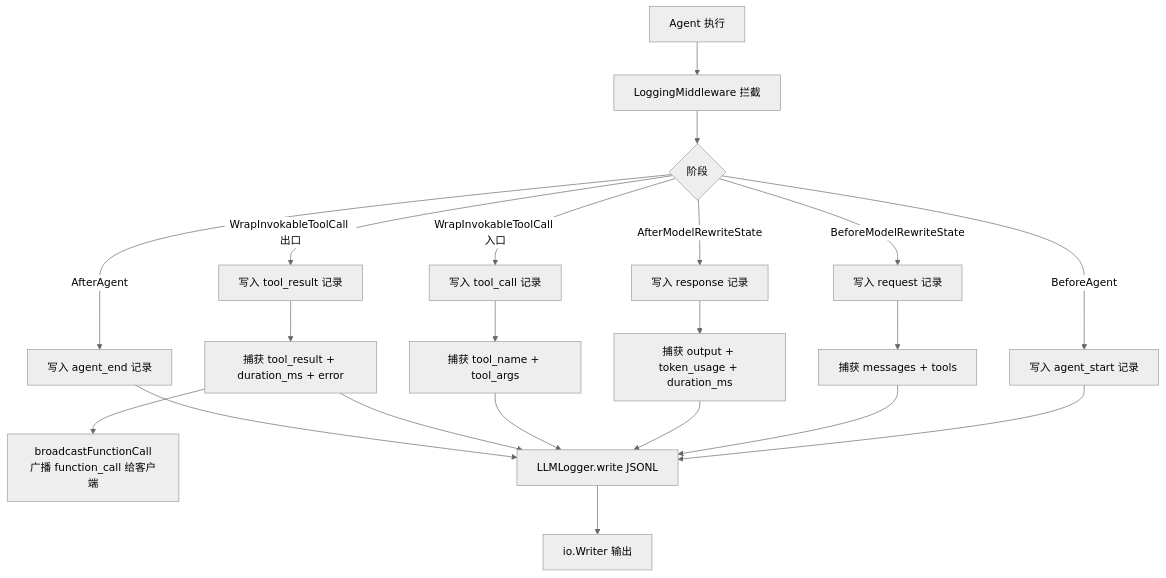
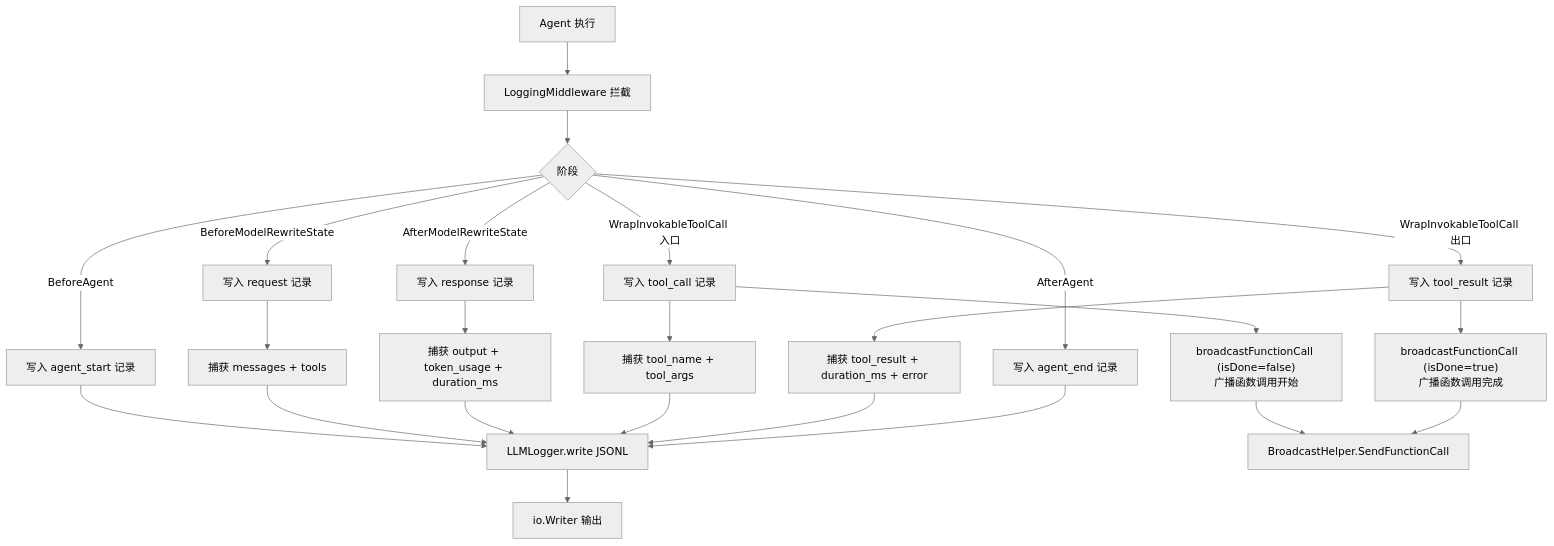
Before and after one commit to PineappleBond/xyncra-server: diagram 11 of 14 in wiki/flows/cli-observability.md, drawn with Mermaid (neutral theme). The commit also changed other lines of this file and 21 other files, not shown here.

````diff
--- a/wiki/flows/cli-observability.md
+++ b/wiki/flows/cli-observability.md
@@ -571,24 +577,27 @@
 ```mermaid
 flowchart TD
     A[Agent 执行] --> B[LoggingMiddleware 拦截]
     B --> C{阶段}
     C -->|BeforeAgent| D[写入 agent_start 记录]
     C -->|BeforeModelRewriteState| E[写入 request 记录]
     E --> E1[捕获 messages + tools]
     C -->|AfterModelRewriteState| F[写入 response 记录]
     F --> F1[捕获 output + token_usage + duration_ms]
     C -->|WrapInvokableToolCall 入口| G[写入 tool_call 记录]
     G --> G1[捕获 tool_name + tool_args]
+    G --> G2["broadcastFunctionCall (isDone=false)<br>广播函数调用开始"]
     C -->|WrapInvokableToolCall 出口| H[写入 tool_result 记录]
     H --> H1[捕获 tool_result + duration_ms + error]
-    H1 --> HB[broadcastFunctionCall<br>广播 function_call 给客户端]
+    H --> H2["broadcastFunctionCall (isDone=true)<br>广播函数调用完成"]
     C -->|AfterAgent| I[写入 agent_end 记录]
 
     D --> J[LLMLogger.write JSONL]
     E1 --> J
     F1 --> J
     G1 --> J
+    G2 --> K[BroadcastHelper.SendFunctionCall]
     H1 --> J
+    H2 --> K
     I --> J
-    J --> K[io.Writer 输出]
+    J --> L[io.Writer 输出]
 ```
````
